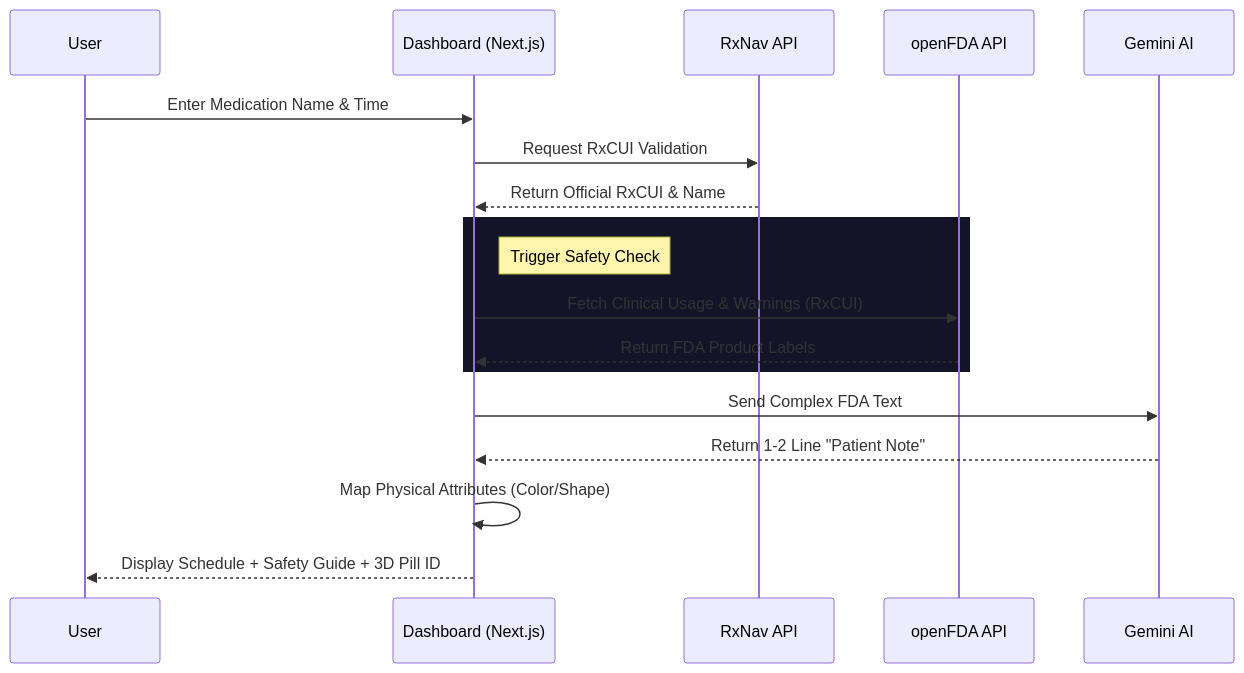
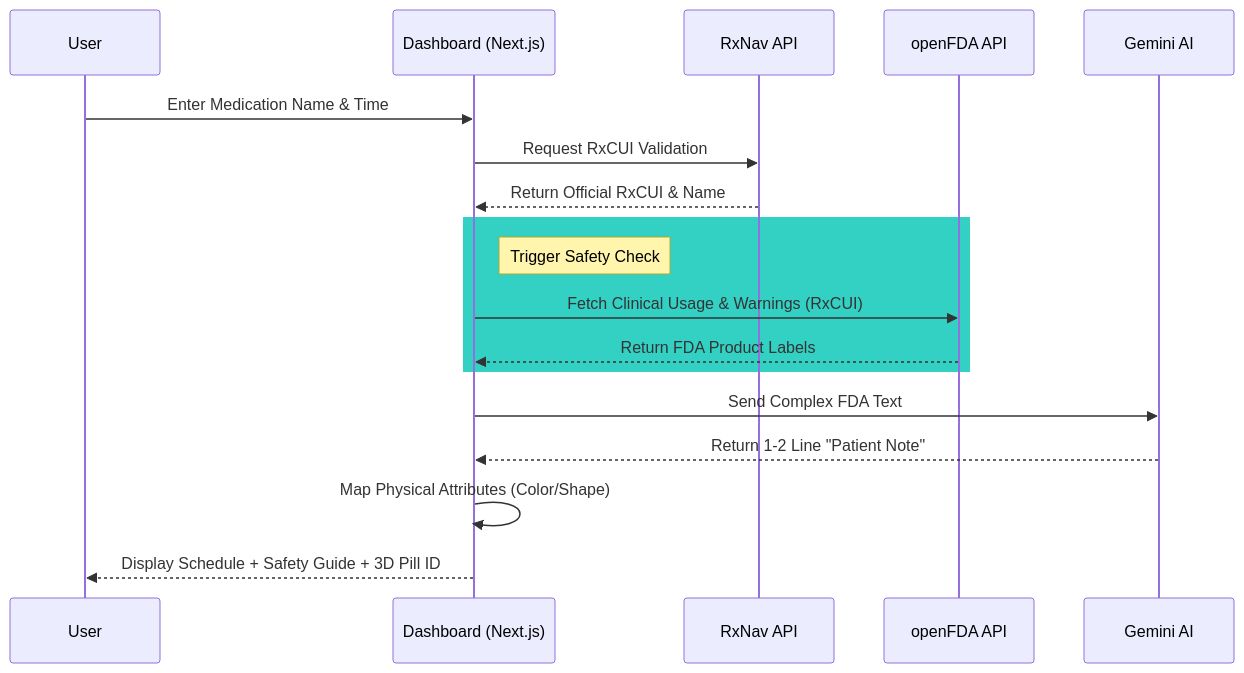
One commit to Sumiksh/PillReminders changed the diagram in README.md. Above: the diagram before and after it, drawn with Mermaid.

Commit message:
added color for the sequence diagram

````diff
--- a/README.md
+++ b/README.md
@@ -124,24 +124,24 @@
 ```mermaid
 sequenceDiagram
     participant U as User
     participant D as Dashboard (Next.js)
     participant R as RxNav API
     participant F as openFDA API
     participant G as Gemini AI
 
     U->>D: Enter Medication Name & Time
     D->>R: Request RxCUI Validation
     R-->>D: Return Official RxCUI & Name
     
-    rect rgb(20, 20, 40)
+    rect rgba(51, 209, 196, 1)
         Note right of D: Trigger Safety Check
         D->>F: Fetch Clinical Usage & Warnings (RxCUI)
         F-->>D: Return FDA Product Labels
     end
 
     D->>G: Send Complex FDA Text
     G-->>D: Return 1-2 Line "Patient Note"
 
     D->>D: Map Physical Attributes (Color/Shape)
     D-->>U: Display Schedule + Safety Guide + 3D Pill ID
 ```
````
